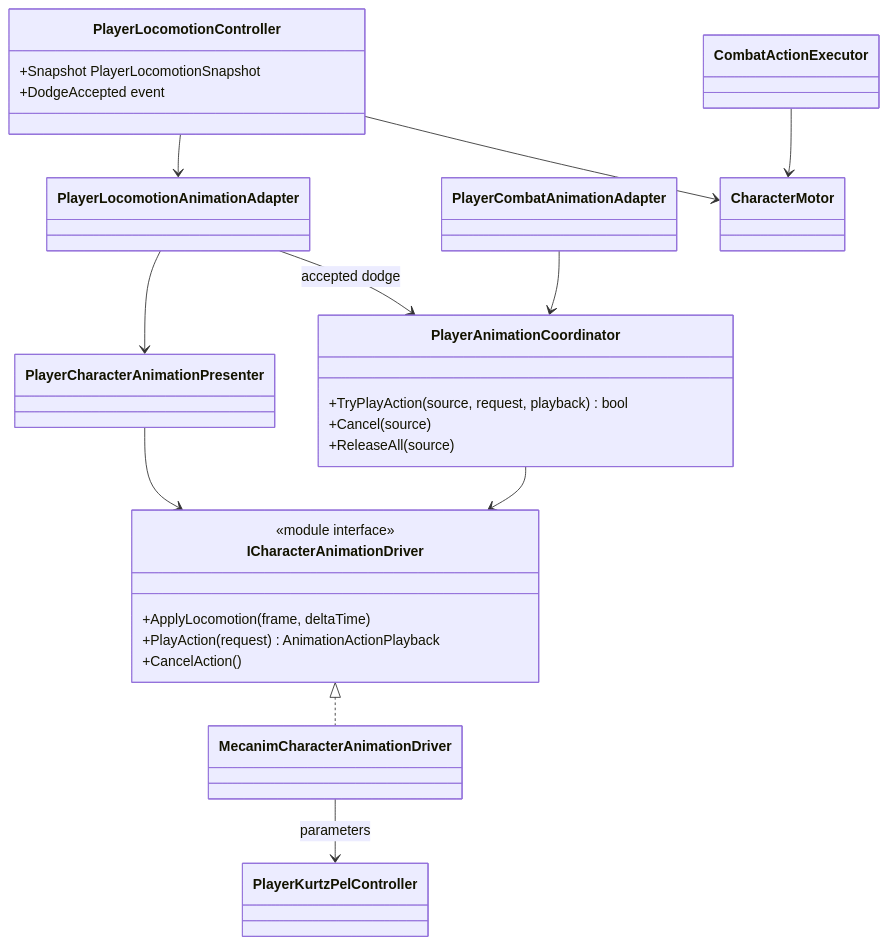
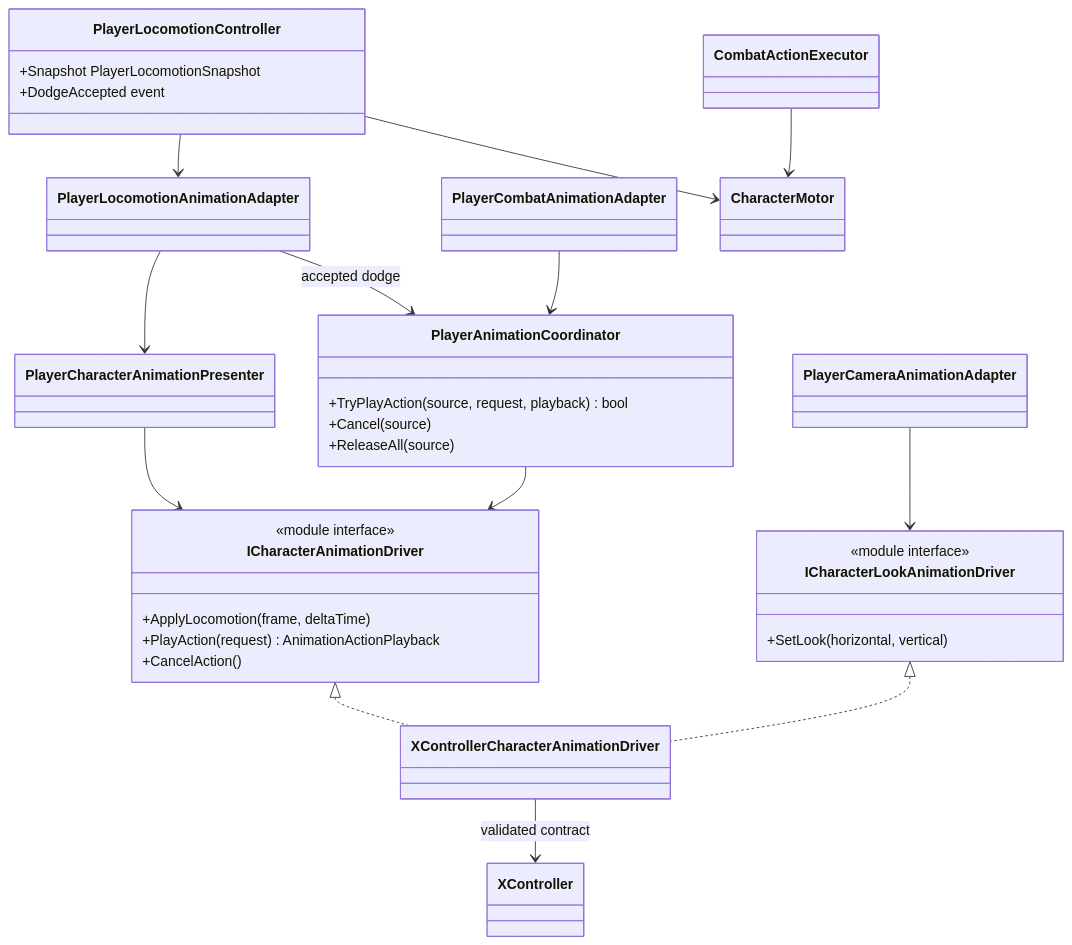
One commit to MaximFonariuc/project-s changed the diagram in Docs/Architecture/Player.Animation.md. Above: the diagram before and after it, drawn with Mermaid. The commit also changed other lines of this file and 2 other files, not shown here.

Commit message:
refactor: move player actions into Animator transitions

````diff
--- a/Docs/Architecture/Player.Animation.md
+++ b/Docs/Architecture/Player.Animation.md
@@ -10,36 +10,43 @@
 ```mermaid
 classDiagram
     class PlayerLocomotionController {
         +Snapshot PlayerLocomotionSnapshot
         +DodgeAccepted event
     }
     class PlayerLocomotionAnimationAdapter
     class PlayerCharacterAnimationPresenter
     class PlayerCombatAnimationAdapter
     class PlayerAnimationCoordinator {
         +TryPlayAction(source, request, playback) bool
         +Cancel(source)
         +ReleaseAll(source)
     }
     class ICharacterAnimationDriver {
         <<module interface>>
         +ApplyLocomotion(frame, deltaTime)
         +PlayAction(request) AnimationActionPlayback
         +CancelAction()
     }
-    class MecanimCharacterAnimationDriver
-    class PlayerKurtzPelController
+    class ICharacterLookAnimationDriver {
+        <<module interface>>
+        +SetLook(horizontal, vertical)
+    }
+    class XControllerCharacterAnimationDriver
+    class PlayerCameraAnimationAdapter
+    class XController
     class CharacterMotor
     class CombatActionExecutor
 
     PlayerLocomotionController --> PlayerLocomotionAnimationAdapter
     PlayerLocomotionAnimationAdapter --> PlayerCharacterAnimationPresenter
     PlayerLocomotionAnimationAdapter --> PlayerAnimationCoordinator : accepted dodge
     PlayerCombatAnimationAdapter --> PlayerAnimationCoordinator
     PlayerCharacterAnimationPresenter --> ICharacterAnimationDriver
     PlayerAnimationCoordinator --> ICharacterAnimationDriver
-    ICharacterAnimationDriver <|.. MecanimCharacterAnimationDriver
-    MecanimCharacterAnimationDriver --> PlayerKurtzPelController : parameters
+    PlayerCameraAnimationAdapter --> ICharacterLookAnimationDriver
+    ICharacterAnimationDriver <|.. XControllerCharacterAnimationDriver
+    ICharacterLookAnimationDriver <|.. XControllerCharacterAnimationDriver
+    XControllerCharacterAnimationDriver --> XController : validated contract
     PlayerLocomotionController --> CharacterMotor
     CombatActionExecutor --> CharacterMotor
 ```
````
